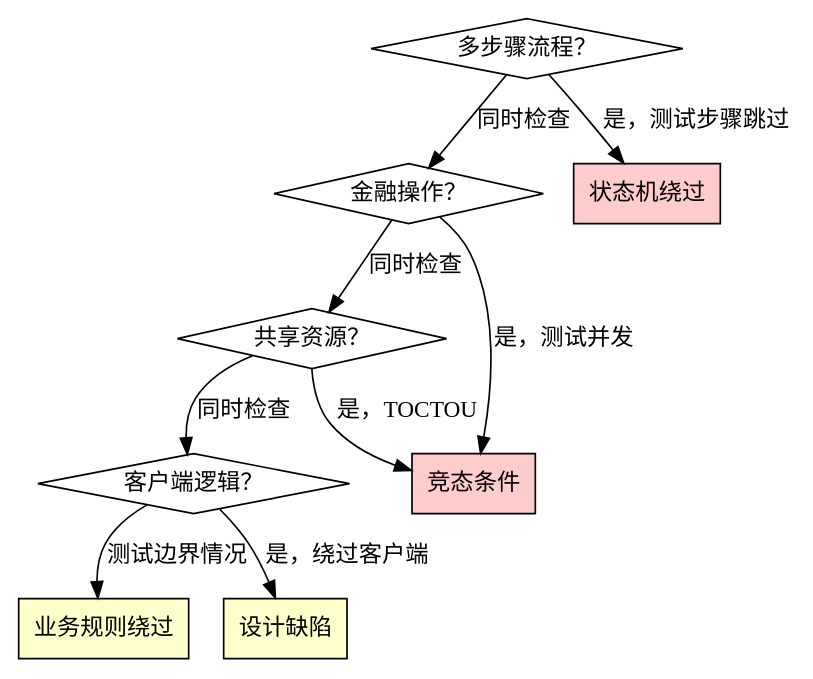
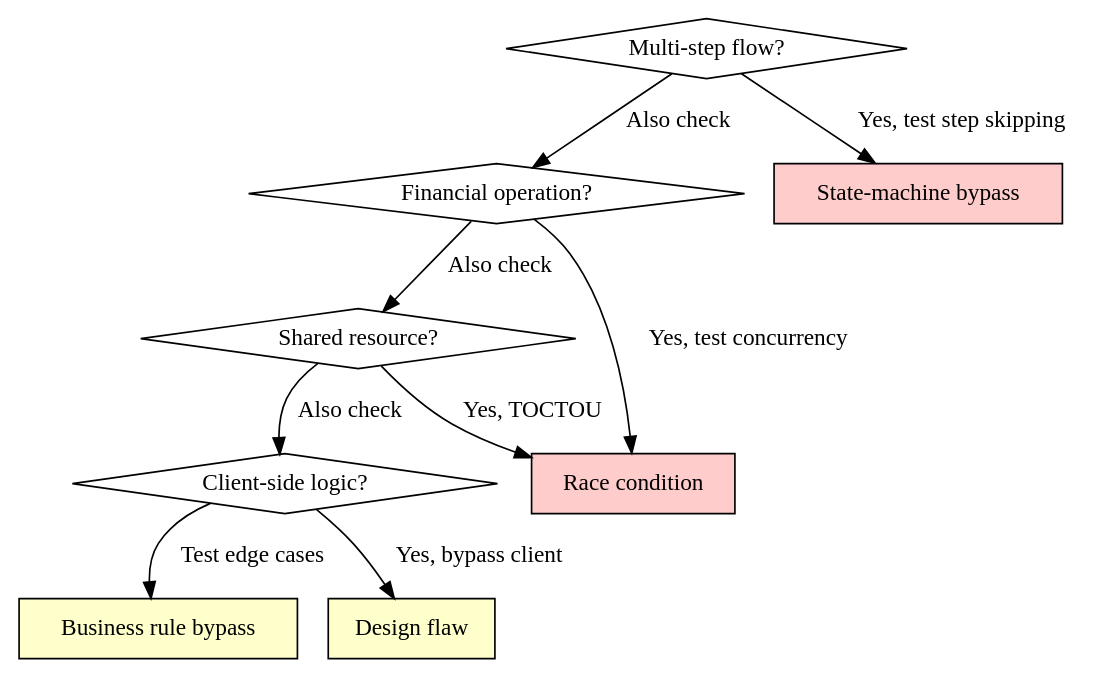
One commit to nathan-gage/wooyun-legacy-english changed the diagram in plugins/wooyun-legacy/skills/wooyun-legacy/references/logic-flow-domain.md. Above: the diagram before and after it, drawn with Graphviz. The commit also changed other lines of this file and 130 other files, not shown here.

````diff
--- a/plugins/wooyun-legacy/skills/wooyun-legacy/references/logic-flow-domain.md
+++ b/plugins/wooyun-legacy/skills/wooyun-legacy/references/logic-flow-domain.md
@@ -123,21 +123,21 @@
 ```dot
 digraph logic_decision {
-    "多步骤流程？" [shape=diamond];
-    "金融操作？" [shape=diamond];
-    "共享资源？" [shape=diamond];
-    "客户端逻辑？" [shape=diamond];
-    "状态机绕过" [shape=box style=filled fillcolor="#ffcccc"];
-    "竞态条件" [shape=box style=filled fillcolor="#ffcccc"];
-    "业务规则绕过" [shape=box style=filled fillcolor="#ffffcc"];
-    "设计缺陷" [shape=box style=filled fillcolor="#ffffcc"];
+    "Multi-step flow?" [shape=diamond];
+    "Financial operation?" [shape=diamond];
+    "Shared resource?" [shape=diamond];
+    "Client-side logic?" [shape=diamond];
+    "State-machine bypass" [shape=box style=filled fillcolor="#ffcccc"];
+    "Race condition" [shape=box style=filled fillcolor="#ffcccc"];
+    "Business rule bypass" [shape=box style=filled fillcolor="#ffffcc"];
+    "Design flaw" [shape=box style=filled fillcolor="#ffffcc"];
 
-    "多步骤流程？" -> "状态机绕过" [label="是，测试步骤跳过"];
-    "多步骤流程？" -> "金融操作？" [label="同时检查"];
-    "金融操作？" -> "竞态条件" [label="是，测试并发"];
-    "金融操作？" -> "共享资源？" [label="同时检查"];
-    "共享资源？" -> "竞态条件" [label="是，TOCTOU"];
-    "共享资源？" -> "客户端逻辑？" [label="同时检查"];
-    "客户端逻辑？" -> "设计缺陷" [label="是，绕过客户端"];
-    "客户端逻辑？" -> "业务规则绕过" [label="测试边界情况"];
+    "Multi-step flow?" -> "State-machine bypass" [label="Yes, test step skipping"];
+    "Multi-step flow?" -> "Financial operation?" [label="Also check"];
+    "Financial operation?" -> "Race condition" [label="Yes, test concurrency"];
+    "Financial operation?" -> "Shared resource?" [label="Also check"];
+    "Shared resource?" -> "Race condition" [label="Yes, TOCTOU"];
+    "Shared resource?" -> "Client-side logic?" [label="Also check"];
+    "Client-side logic?" -> "Design flaw" [label="Yes, bypass client"];
+    "Client-side logic?" -> "Business rule bypass" [label="Test edge cases"];
 }
 ```
````
